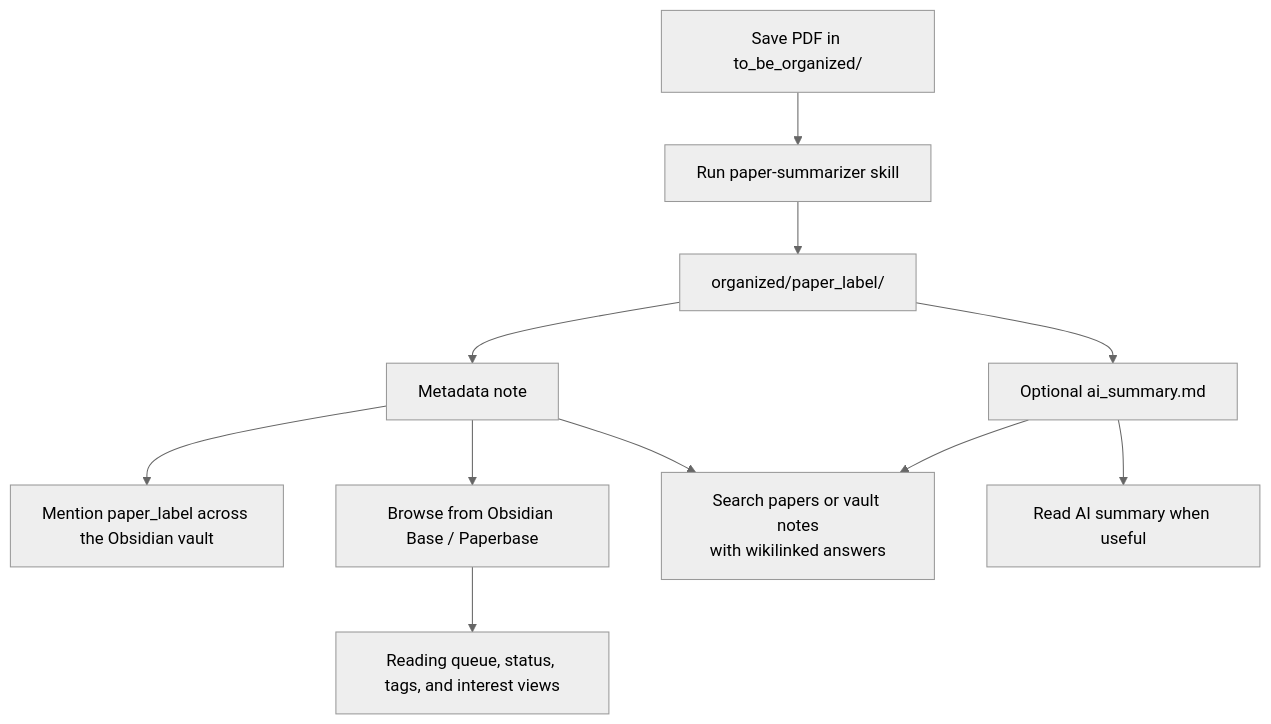
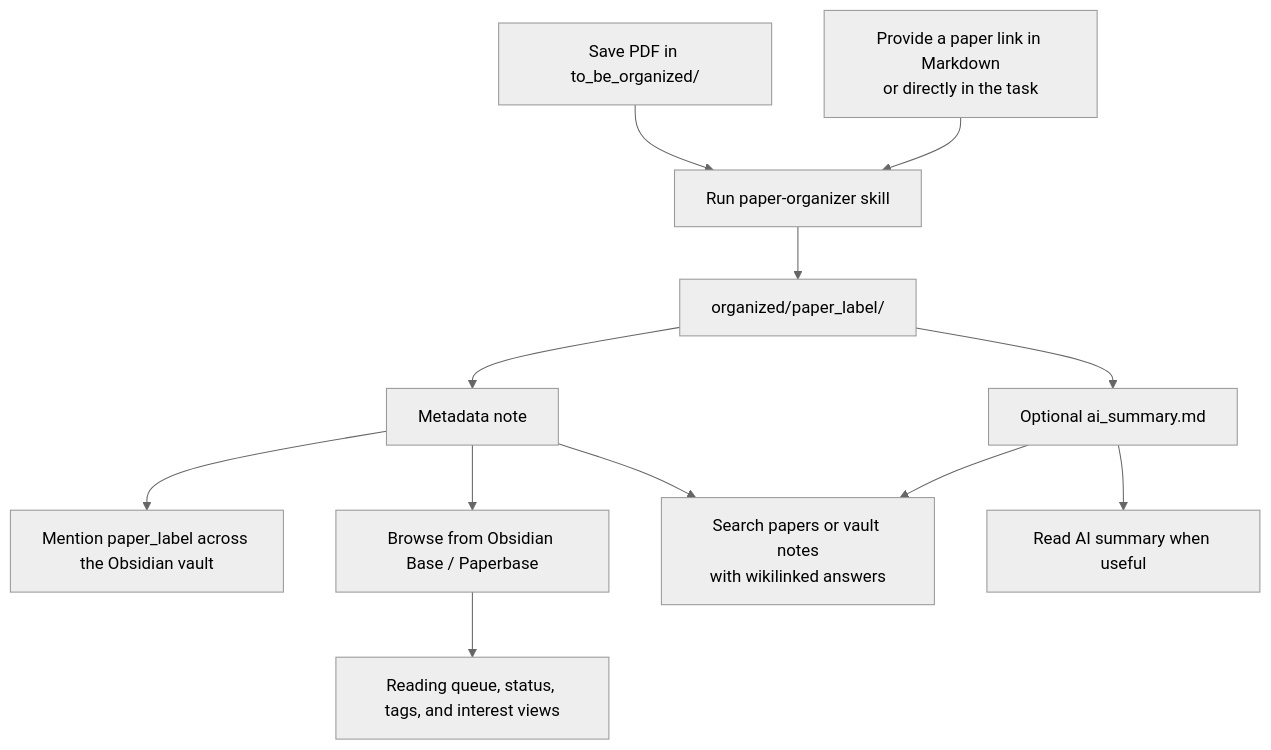
One commit to howieeeeeeeeee/paper-management-system changed the diagram in README.md. Above: the diagram before and after it, drawn with Mermaid (neutral theme). The commit also changed other lines of this file and 60 other files, not shown here.

````diff
--- a/README.md
+++ b/README.md
@@ -12,13 +12,14 @@
 ```mermaid
 flowchart TD
-    A[Save PDF in to_be_organized/] --> B[Run paper-summarizer skill]
+    A[Save PDF in to_be_organized/] --> B[Run paper-organizer skill]
+    A2[Provide a paper link in Markdown<br/>or directly in the task] --> B
     B --> C[organized/paper_label/]
     C --> D[Metadata note]
     C --> E[Optional ai_summary.md]
     D --> F[Mention paper_label across the Obsidian vault]
     D --> H[Browse from Obsidian Base / Paperbase]
     H --> I[Reading queue, status, tags, and interest views]
     D --> J[Search papers or vault notes<br/>with wikilinked answers]
     E --> J
     E --> G[Read AI summary when useful]
 ```
````
